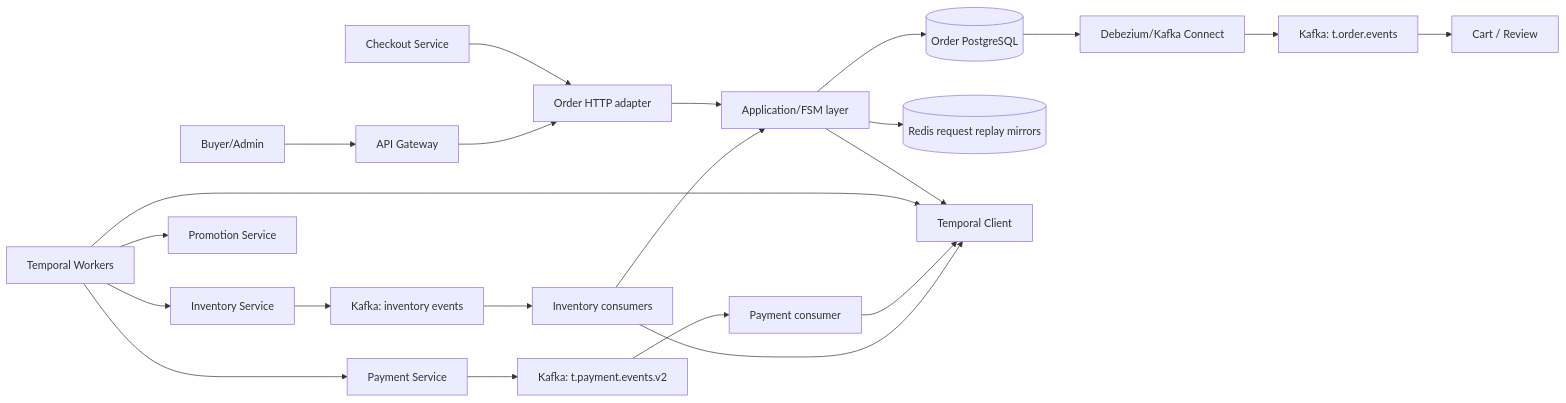
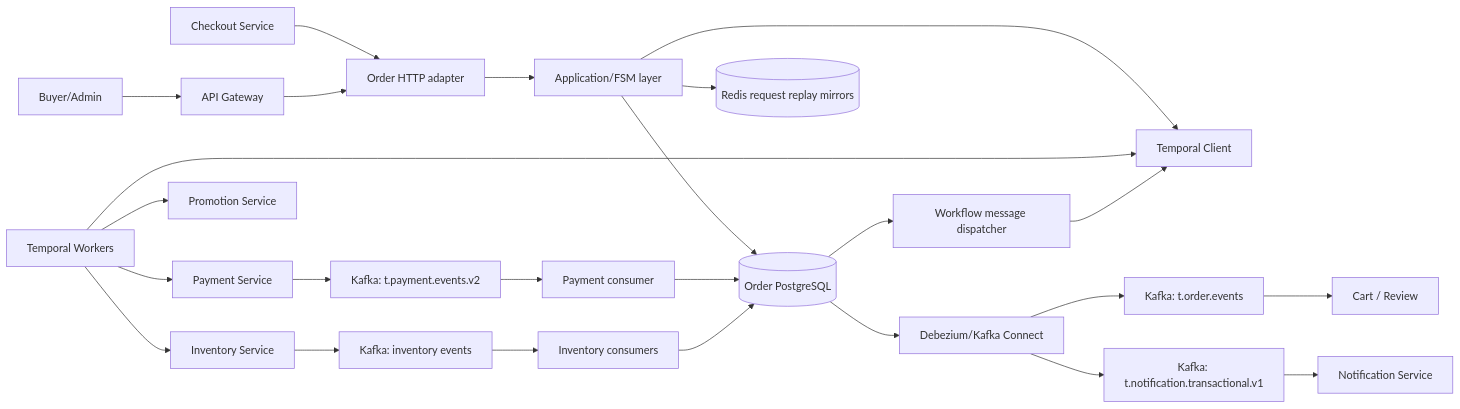
The diagram in docs/order/architecture.md (quangdung2110/e-commerce-microservices), drawn with Mermaid before and after one commit. The commit also changed other lines of this file and 23 other files, not shown here.

````diff
--- a/docs/order/architecture.md
+++ b/docs/order/architecture.md
@@ -31,24 +31,27 @@
 ```mermaid
 flowchart LR
   C[Buyer/Admin] --> G[API Gateway]
   CK[Checkout Service] --> H[Order HTTP adapter]
   G --> H
   H --> A[Application/FSM layer]
   A --> P[(Order PostgreSQL)]
   A --> R[(Redis request replay mirrors)]
   A --> T[Temporal Client]
   TW[Temporal Workers] --> T
   TW --> I[Inventory Service]
   TW --> M[Promotion Service]
   TW --> Y[Payment Service]
   Y --> KP[Kafka: t.payment.events.v2]
   I --> KI[Kafka: inventory events]
   KP --> PC[Payment consumer]
   KI --> IC[Inventory consumers]
-  PC --> T
-  IC --> T
-  IC --> A
+  PC --> P
+  IC --> P
+  DP[Workflow message dispatcher] --> T
+  P --> DP
   P --> D[Debezium/Kafka Connect]
   D --> KO[Kafka: t.order.events]
+  D --> KN[Kafka: t.notification.transactional.v1]
   KO --> DS[Cart / Review]
+  KN --> N[Notification Service]
 ```
````
